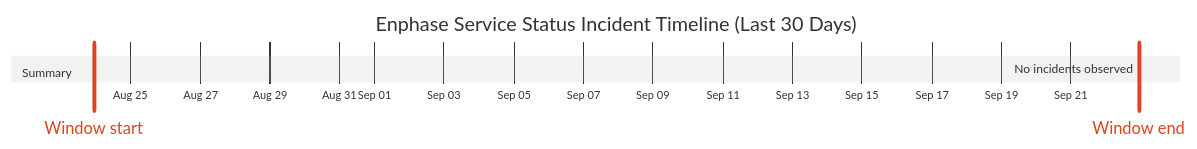
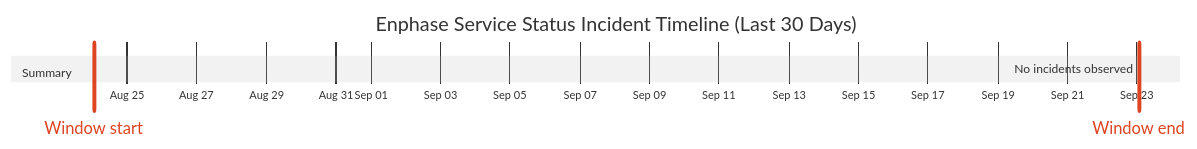
One commit to barneyonline/ha-enphase-energy changed the diagram in wiki/Service-Status-History.md. Above: the diagram before and after it, drawn with Mermaid (neutral theme). The commit also changed other lines of this file and 3 other files, not shown here.

````diff
--- a/wiki/Service-Status-History.md
+++ b/wiki/Service-Status-History.md
@@ -14,10 +14,10 @@
 ```mermaid
 gantt
     title Enphase Service Status Incident Timeline (Last 30 Days)
     dateFormat  YYYY-MM-DDTHH:mm:ss
     axisFormat  %b %d
-    Window start :vert, window-start, 2026-08-23T22:44:00, 0ms
-    Window end :vert, window-end, 2026-09-22T22:44:00, 0ms
+    Window start :vert, window-start, 2026-08-24T01:15:20, 0ms
+    Window end :vert, window-end, 2026-09-23T01:15:20, 0ms
     section Summary
-    No incidents observed :done, 2026-09-22T22:44:00, 1m
+    No incidents observed :done, 2026-09-23T01:15:20, 1m
 ```
````
